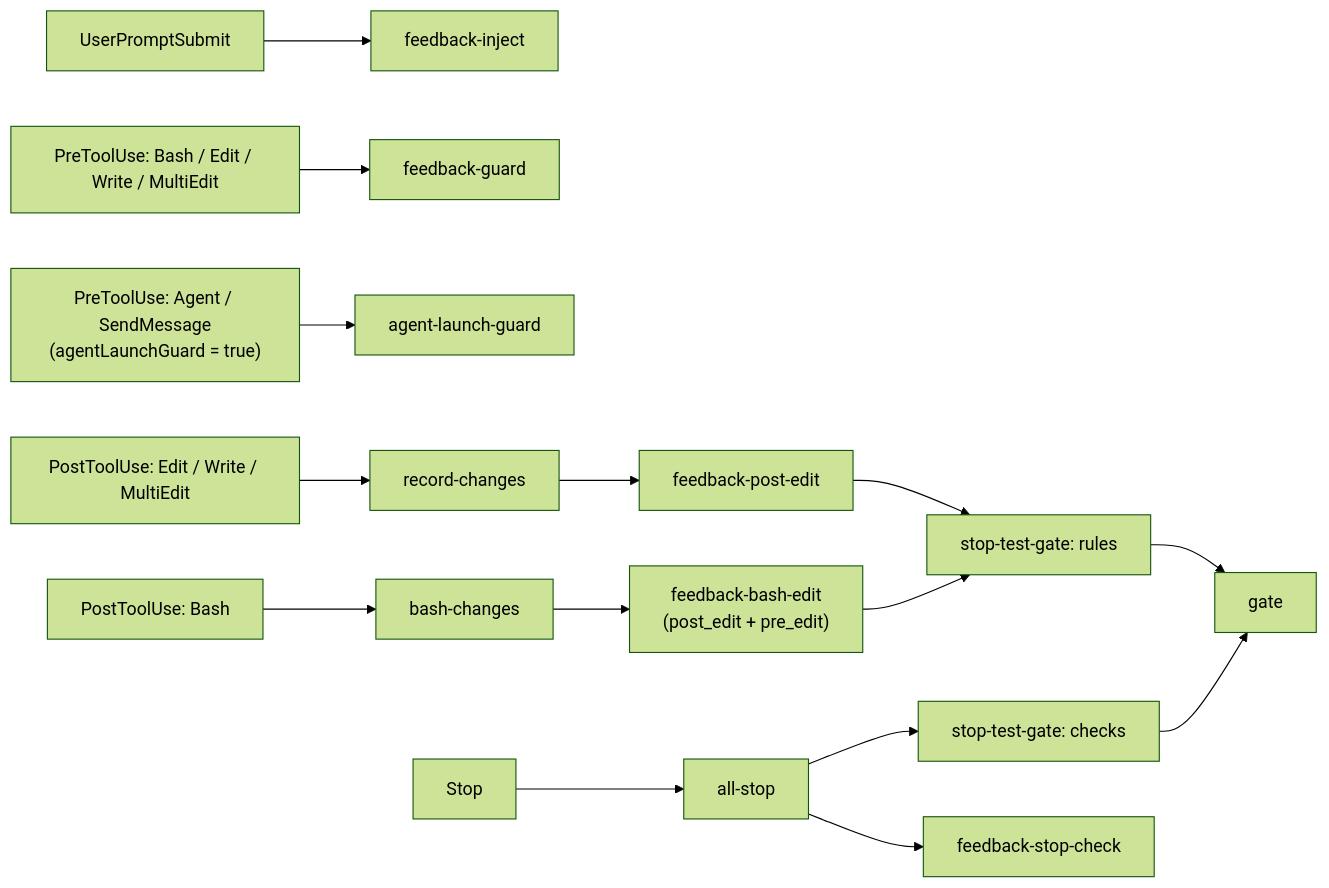
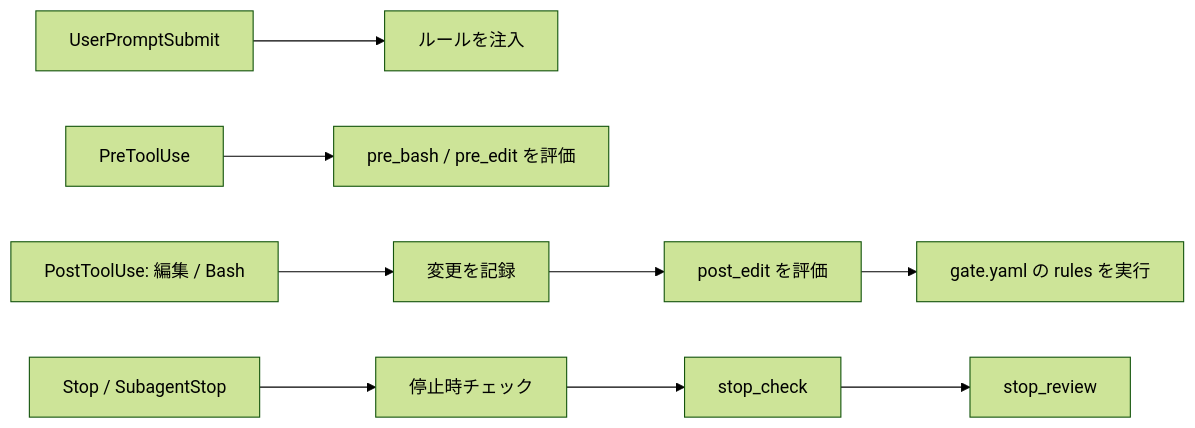
Before and after one commit to nonchan7720/claude-hook-gate: the diagram in docs/ja/hooks.md, drawn with Mermaid (forest theme). The commit also changed other lines of this file and 17 other files, not shown here.

````diff
--- a/docs/ja/hooks.md
+++ b/docs/ja/hooks.md
@@ -60,17 +71,11 @@
 ```mermaid
 flowchart LR
-  P[UserPromptSubmit] --> I[feedback-inject]
-  T[PreToolUse: Bash / Edit / Write / MultiEdit] --> G[feedback-guard]
-  T2["PreToolUse: Agent / SendMessage<br/>(agentLaunchGuard = true)"] --> AL[agent-launch-guard]
-  E[PostToolUse: Edit / Write / MultiEdit] --> R[record-changes]
-  R --> PE[feedback-post-edit]
-  PE --> S[stop-test-gate: rules]
-  EB[PostToolUse: Bash] --> BC[bash-changes]
-  BC --> BE["feedback-bash-edit<br/>(post_edit + pre_edit)"]
-  BE --> S
-  S --> SG[gate]
-  X[Stop] --> A[all-stop]
-  A --> C[stop-test-gate: checks]
-  A --> F[feedback-stop-check]
-  C --> SG
+  P[UserPromptSubmit] --> I[ルールを注入]
+  T[PreToolUse] --> G[pre_bash / pre_edit を評価]
+  E[PostToolUse: 編集 / Bash] --> R[変更を記録]
+  R --> PE[post_edit を評価]
+  PE --> S[gate.yaml の rules を実行]
+  X[Stop / SubagentStop] --> C[停止時チェック]
+  C --> F[stop_check]
+  F --> V[stop_review]
 ```
````
